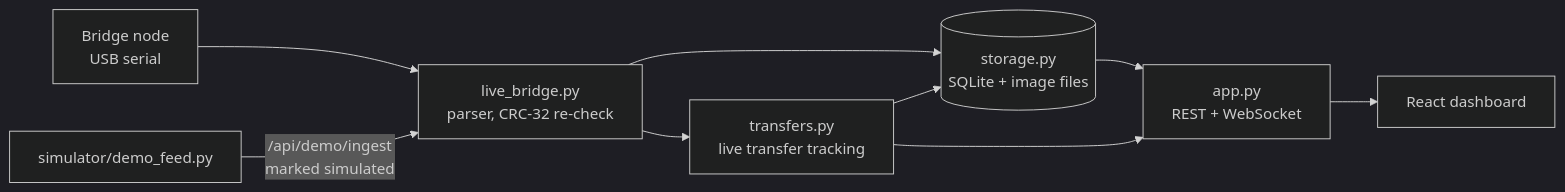
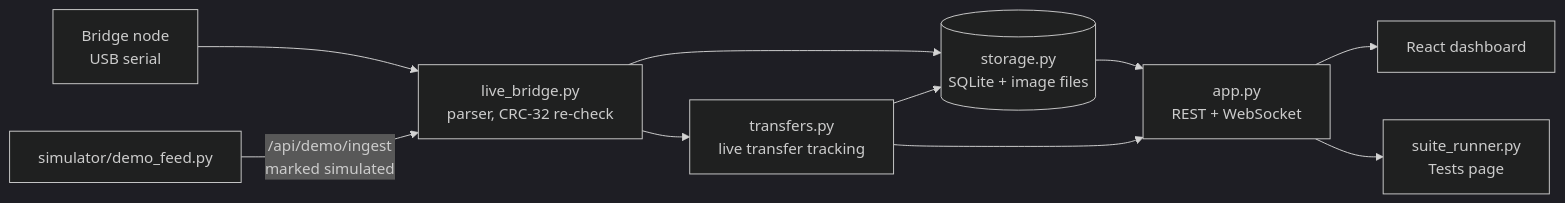
The diagram in docs/DASHBOARD.md (sshreyx1/SmartRelay), drawn with Mermaid (dark theme) before and after one commit. The commit also changed other lines of this file and 15 other files, not shown here.

````diff
--- a/docs/DASHBOARD.md
+++ b/docs/DASHBOARD.md
@@ -5,11 +9,12 @@
 ```mermaid
 flowchart LR
     N["Bridge node<br/>USB serial"] --> P["live_bridge.py<br/>parser, CRC-32 re-check"]
     SIM["simulator/demo_feed.py"] -- "/api/demo/ingest<br/>marked simulated" --> P
     P --> S[("storage.py<br/>SQLite + image files")]
     P --> T["transfers.py<br/>live transfer tracking"]
     T --> S
     S --> API["app.py<br/>REST + WebSocket"]
     T --> API
     API --> UI["React dashboard"]
+    API --> R["suite_runner.py<br/>Tests page"]
 ```
````
